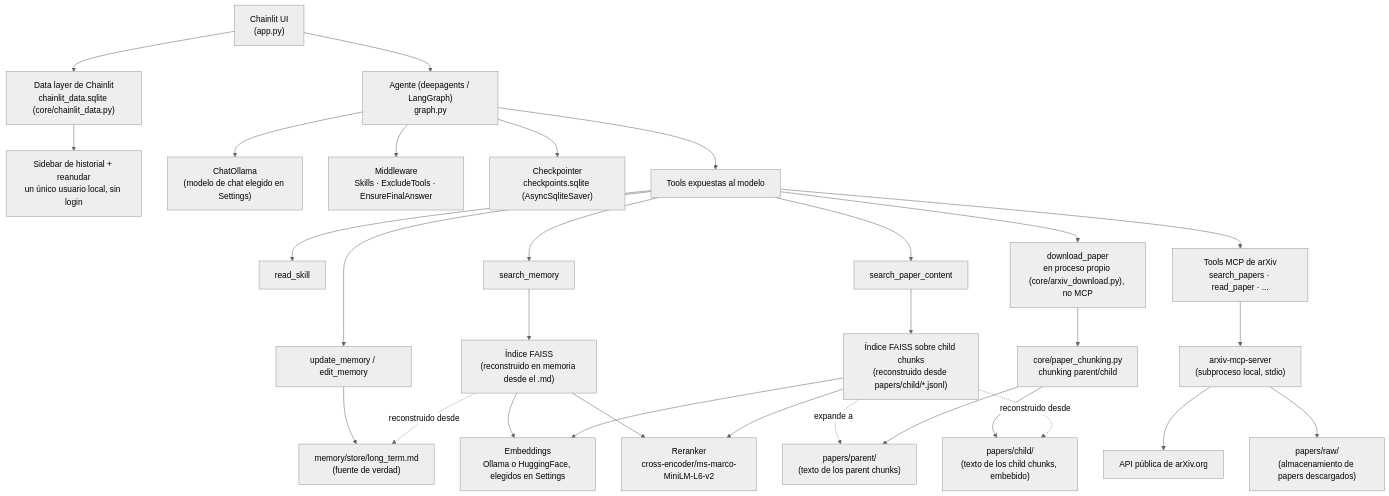
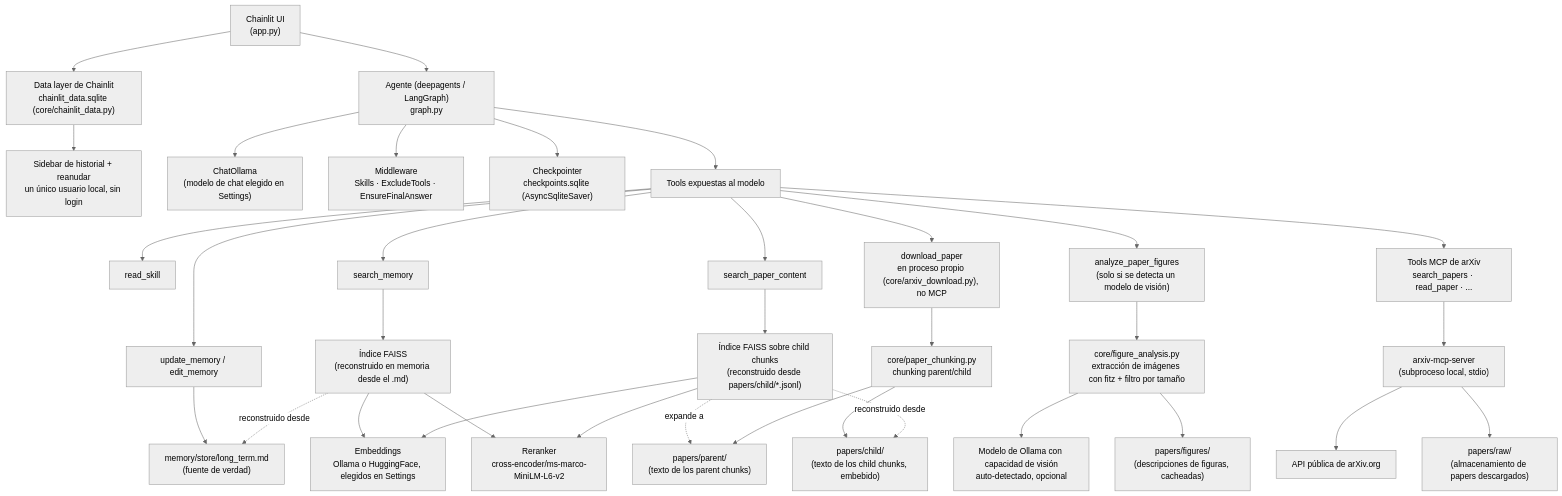
One commit to nathanielcr96/AInstein-Local-Research-Agent changed the diagram in chainlit_es.md. Above: the diagram before and after it, drawn with Mermaid (neutral theme). The commit also changed other lines of this file and 29 other files, not shown here.

````diff
--- a/chainlit_es.md
+++ b/chainlit_es.md
@@ -78,39 +89,44 @@
 ```mermaid
 flowchart TD
     UI["Chainlit UI<br/>(app.py)"] --> Agent["Agente (deepagents / LangGraph)<br/>graph.py"]
     UI --> DataLayer["Data layer de Chainlit<br/>chainlit_data.sqlite (core/chainlit_data.py)"]
     DataLayer --> History["Sidebar de historial + reanudar<br/>un único usuario local, sin login"]
 
     Agent --> LLM["ChatOllama<br/>(modelo de chat elegido en Settings)"]
     Agent --> MW["Middleware<br/>Skills · ExcludeTools · EnsureFinalAnswer"]
     Agent --> CKPT["Checkpointer<br/>checkpoints.sqlite (AsyncSqliteSaver)"]
 
     Agent --> Tools["Tools expuestas al modelo"]
     Tools --> ReadSkill["read_skill"]
     Tools --> UpdateMem["update_memory / edit_memory"]
     Tools --> SearchMem["search_memory"]
     Tools --> SearchPaperContent["search_paper_content"]
+    Tools --> AnalyzeFigures["analyze_paper_figures<br/>(solo si se detecta un modelo de visión)"]
     Tools --> ArxivTools["Tools MCP de arXiv<br/>search_papers · read_paper · ..."]
     Tools --> CustomDownload["download_paper<br/>en proceso propio (core/arxiv_download.py), no MCP"]
 
     SearchMem --> FAISS["Índice FAISS<br/>(reconstruido en memoria desde el .md)"]
     FAISS --> Embeddings["Embeddings<br/>Ollama o HuggingFace, elegidos en Settings"]
     FAISS --> Reranker["Reranker<br/>cross-encoder/ms-marco-MiniLM-L6-v2"]
 
     SearchPaperContent --> ChildFAISS["Índice FAISS sobre child chunks<br/>(reconstruido desde papers/child/*.jsonl)"]
     ChildFAISS --> Embeddings
     ChildFAISS --> Reranker
     ChildFAISS -. expande a .-> ParentDir["papers/parent/<br/>(texto de los parent chunks)"]
 
     UpdateMem --> MDFile["memory/store/long_term.md<br/>(fuente de verdad)"]
     FAISS -. reconstruido desde .-> MDFile
 
     CustomDownload --> Chunking["core/paper_chunking.py<br/>chunking parent/child"]
     Chunking --> ParentDir
     Chunking --> ChildDir["papers/child/<br/>(texto de los child chunks, embebido)"]
     ChildFAISS -. reconstruido desde .-> ChildDir
 
+    AnalyzeFigures --> FigureExtract["core/figure_analysis.py<br/>extracción de imágenes con fitz + filtro por tamaño"]
+    FigureExtract --> VisionModel["Modelo de Ollama con capacidad de visión<br/>auto-detectado, opcional"]
+    FigureExtract --> FiguresDir["papers/figures/<br/>(descripciones de figuras, cacheadas)"]
+
     ArxivTools --> MCP["arxiv-mcp-server<br/>(subproceso local, stdio)"]
     MCP --> ArxivAPI["API pública de arXiv.org"]
     MCP --> PapersDir["papers/raw/<br/>(almacenamiento de papers descargados)"]
 ```
````
